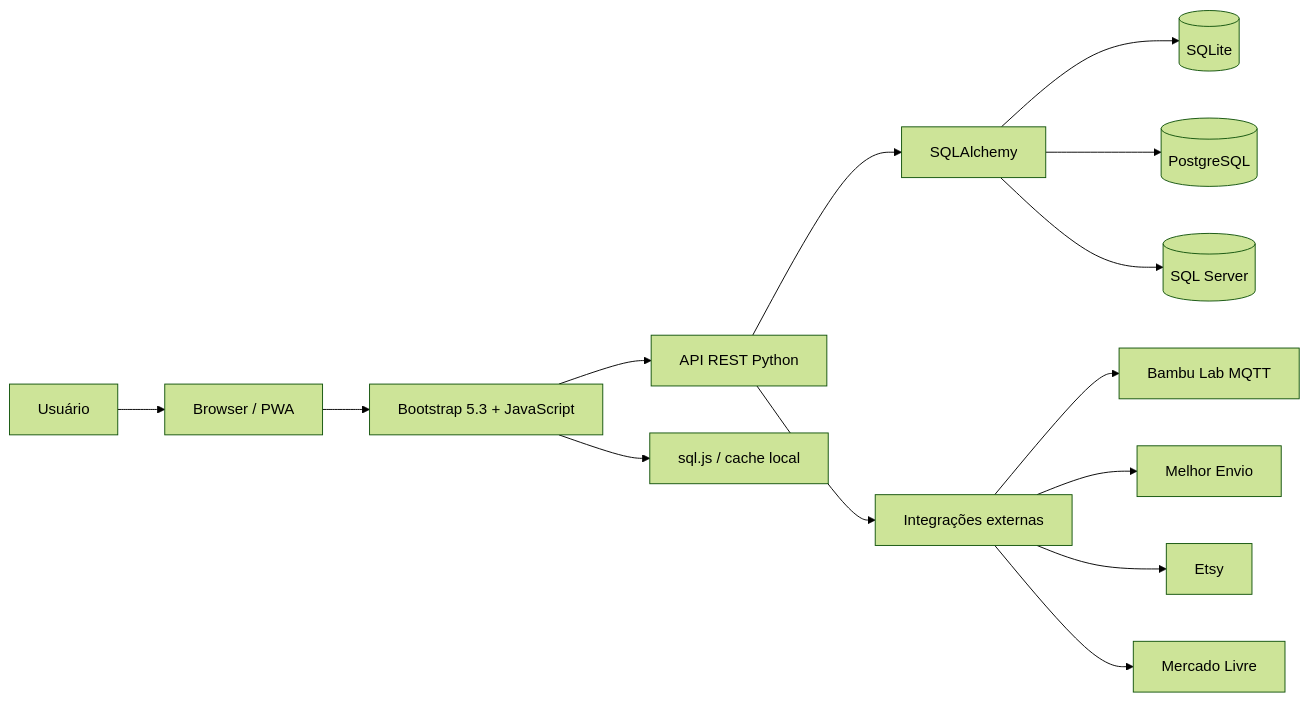
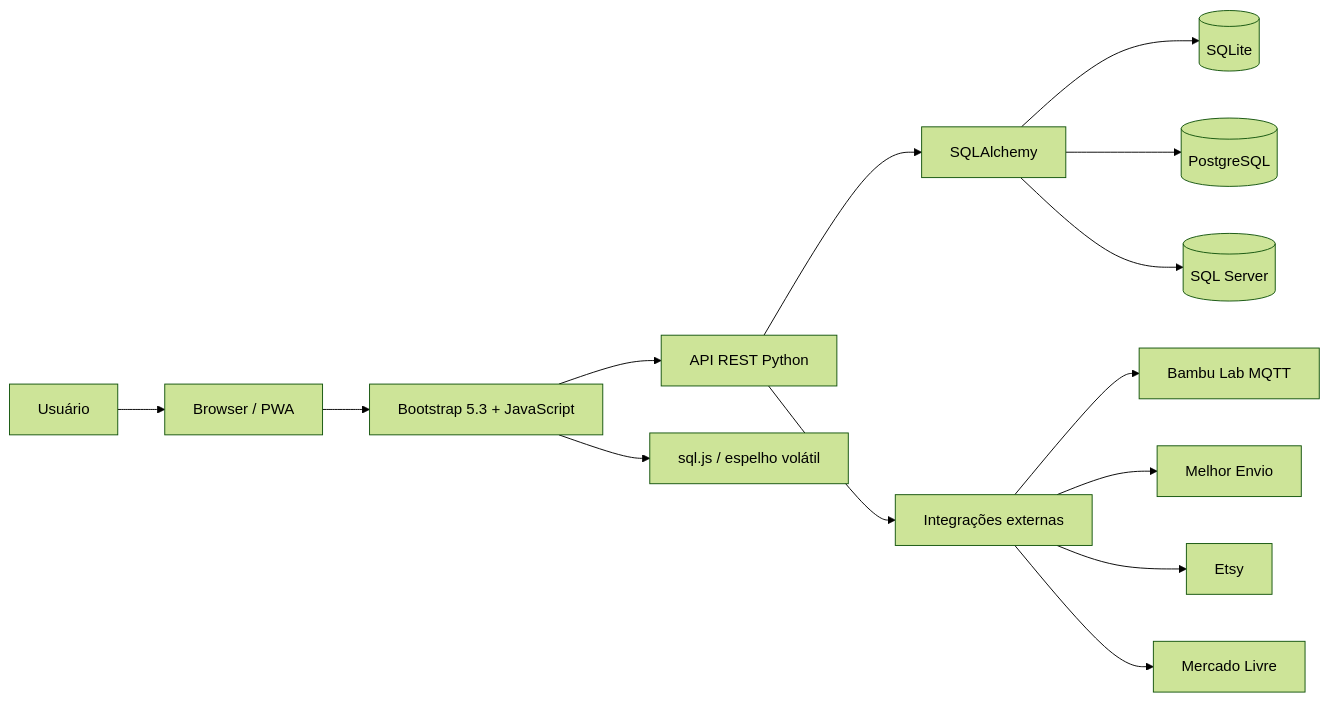
Before and after one commit to fisicorj/sistema3d: the diagram in README.md, drawn with Mermaid (forest theme). The commit also changed other lines of this file and 18 other files, not shown here.

````diff
--- a/README.md
+++ b/README.md
@@ -129,16 +133,16 @@
 ```mermaid
 flowchart LR
     U[Usuário] --> B[Browser / PWA]
     B --> UI[Bootstrap 5.3 + JavaScript]
     UI --> API[API REST Python]
-    UI --> CACHE[sql.js / cache local]
+    UI --> MIRROR[sql.js / espelho volátil]
     API --> ORM[SQLAlchemy]
     ORM --> S[(SQLite)]
     ORM --> P[(PostgreSQL)]
     ORM --> M[(SQL Server)]
     API --> INT[Integrações externas]
     INT --> BAMBU[Bambu Lab MQTT]
     INT --> ME[Melhor Envio]
     INT --> ETSY[Etsy]
     INT --> ML[Mercado Livre]
 ```
````
